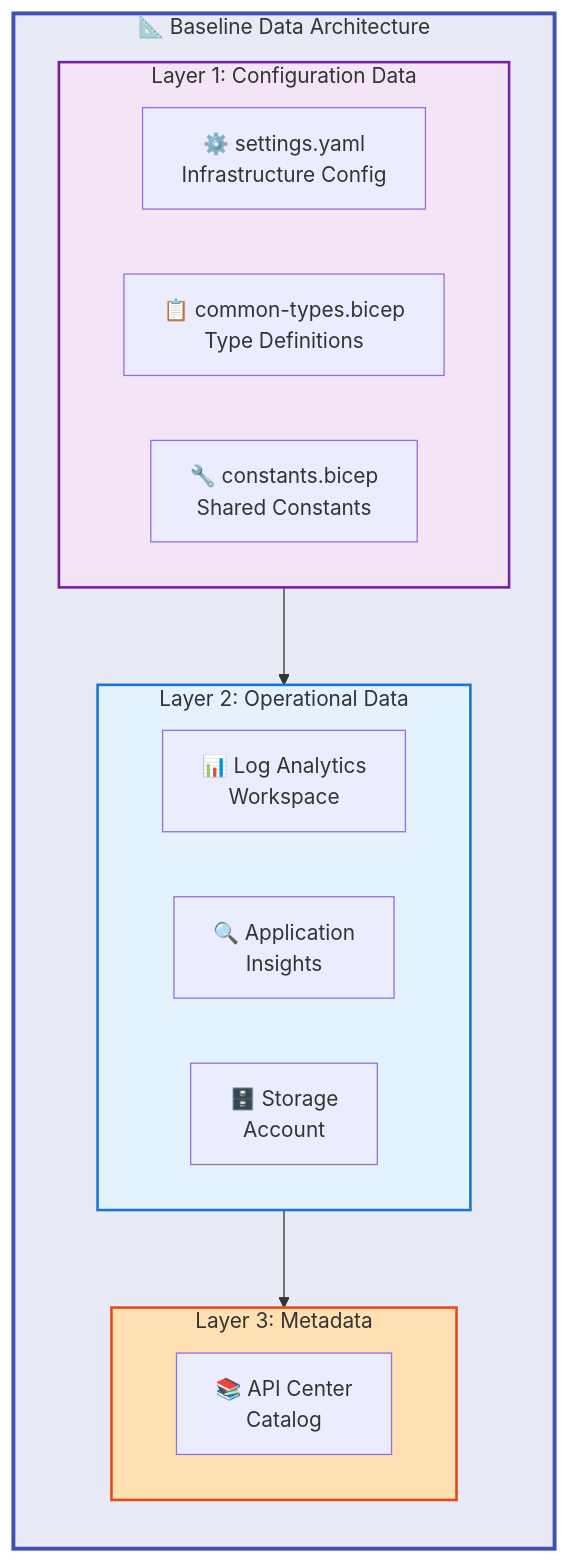
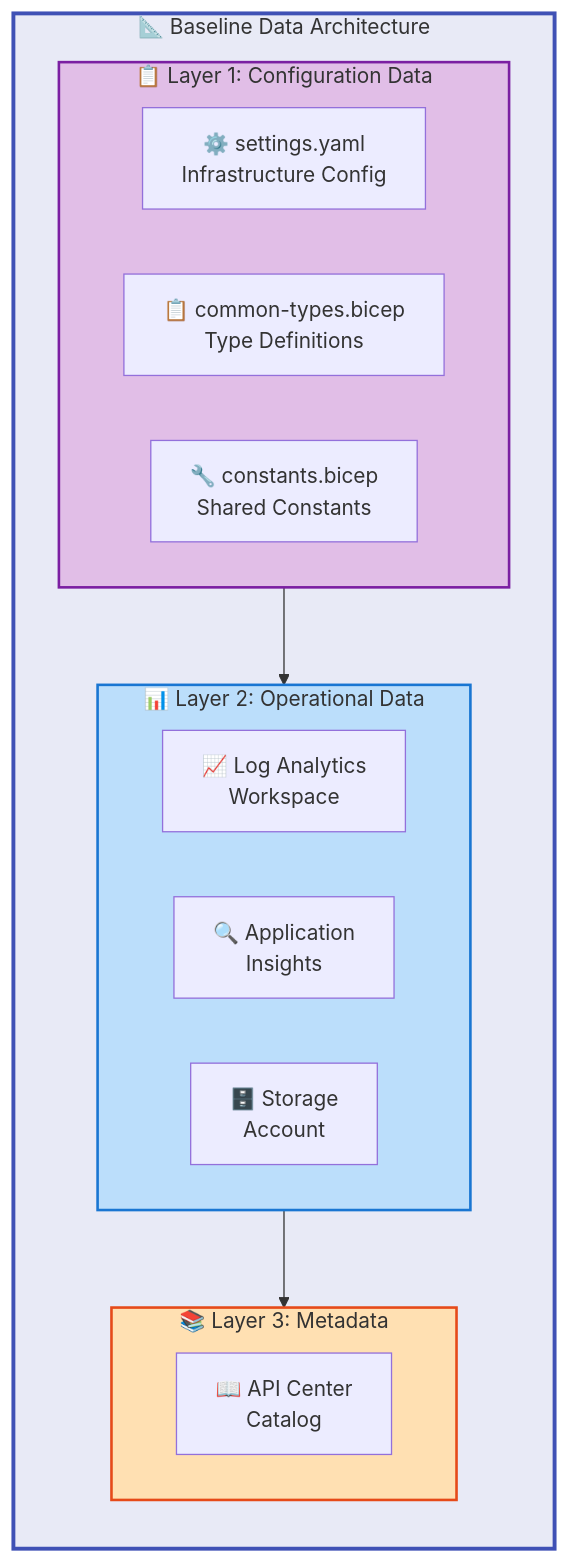
One commit to Evilazaro/APIM-Accelerator changed the sixth of 10 diagrams in docs/architecture/Data_Architecture_Document.md. Above: the diagram before and after it, drawn with Mermaid. The commit also changed other lines of this file and 1 other file, not shown here.

Commit message:
Enhance Data Architecture Document with improved flowcharts and semantic icons for better clarity and visual appeal

````diff
--- a/docs/architecture/Data_Architecture_Document.md
+++ b/docs/architecture/Data_Architecture_Document.md
@@ -314,34 +332,38 @@
 ```mermaid
 %%{init: {"flowchart": {"htmlLabels": false}} }%%
+%% ============================================
+%% COLOR SCHEME: Hierarchical + Semantic layers
+%% Level 1: #E8EAF6 | Config=#E1BEE7 | Operational=#BBDEFB | Meta=#FFE0B2
+%% ============================================
 flowchart TB
     subgraph baseline["📐 Baseline Data Architecture"]
         direction TB
 
-        subgraph layer1["Layer 1: Configuration Data"]
+        subgraph layer1["📋 Layer 1: Configuration Data"]
             direction LR
             L1A["⚙️ settings.yaml<br/>Infrastructure Config"]
             L1B["📋 common-types.bicep<br/>Type Definitions"]
             L1C["🔧 constants.bicep<br/>Shared Constants"]
         end
 
-        subgraph layer2["Layer 2: Operational Data"]
+        subgraph layer2["📊 Layer 2: Operational Data"]
             direction LR
-            L2A["📊 Log Analytics<br/>Workspace"]
+            L2A["📈 Log Analytics<br/>Workspace"]
             L2B["🔍 Application<br/>Insights"]
             L2C["🗄️ Storage<br/>Account"]
         end
 
-        subgraph layer3["Layer 3: Metadata"]
+        subgraph layer3["📚 Layer 3: Metadata"]
             direction LR
-            L3A["📚 API Center<br/>Catalog"]
+            L3A["📖 API Center<br/>Catalog"]
         end
 
         layer1 --> layer2
         layer2 --> layer3
     end
 
     style baseline fill:#E8EAF6,stroke:#3F51B5,stroke-width:3px
-    style layer1 fill:#F3E5F5,stroke:#7B1FA2,stroke-width:2px
-    style layer2 fill:#E3F2FD,stroke:#1976D2,stroke-width:2px
+    style layer1 fill:#E1BEE7,stroke:#7B1FA2,stroke-width:2px
+    style layer2 fill:#BBDEFB,stroke:#1976D2,stroke-width:2px
     style layer3 fill:#FFE0B2,stroke:#E64A19,stroke-width:2px
 ```
````
